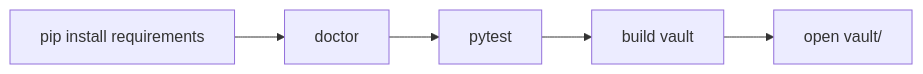
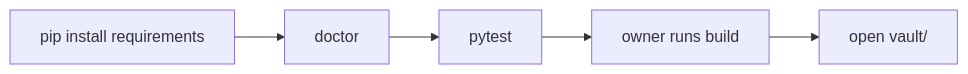
Before and after one commit to scorchederf/focuslocust: the diagram in docs/usage.md, drawn with Mermaid. The commit also changed other lines of this file and 21 other files, not shown here.

````diff
--- a/docs/usage.md
+++ b/docs/usage.md
@@ -5,7 +5,7 @@
 ```mermaid
 flowchart LR
     Install[pip install requirements] --> Doctor[doctor]
     Doctor --> Test[pytest]
-    Test --> Build[build vault]
-    Build --> Obsidian[open vault/]
+    Test --> OwnerBuild[owner runs build]
+    OwnerBuild --> Obsidian[open vault/]
 ```
````
